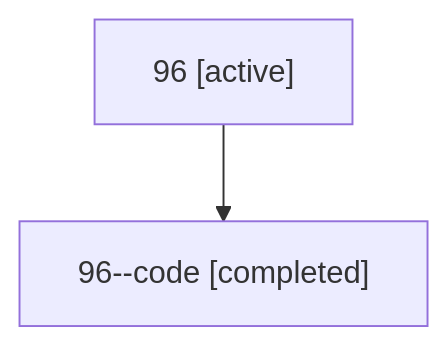
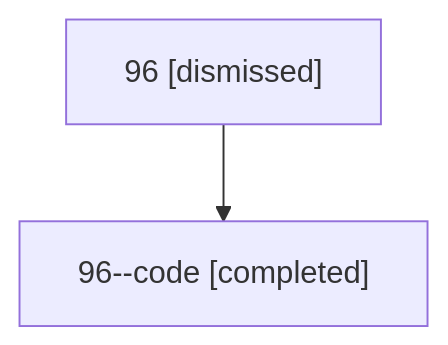
The diagram in sessions/bbugyi200.athena.96.md (sase-org/sase--agents), drawn with Mermaid before and after one commit. The commit also changed other lines of this file and 27 other files, not shown here.

````diff
--- a/sessions/bbugyi200.athena.96.md
+++ b/sessions/bbugyi200.athena.96.md
@@ -9,6 +9,6 @@
 ```mermaid
 flowchart TD
-  n0["96 [active]"]
+  n0["96 [dismissed]"]
   n1["96--code [completed]"]
   n0 --> n1
 ```
````
